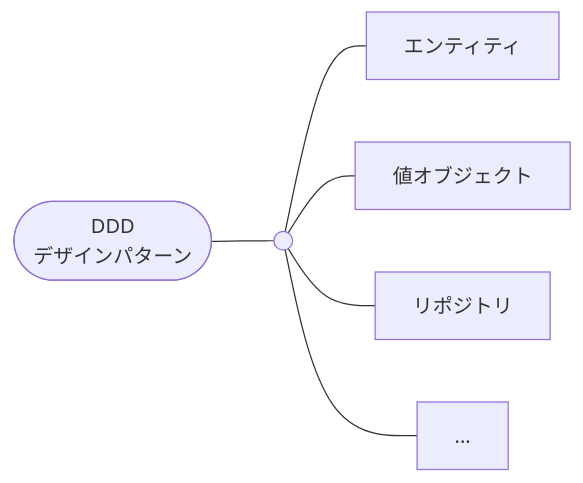
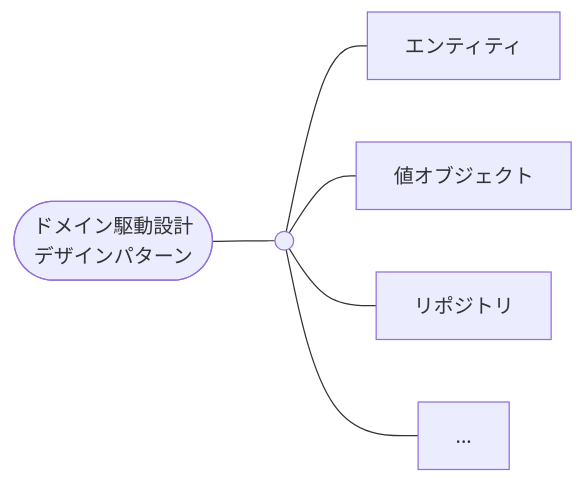
The tenth of 24 diagrams in docs/software/software_application_architecture_microservices_cloudnative.md (hiroki-it/tech-notebook), drawn with Mermaid before and after one commit. The commit also changed other lines of this file and 5 other files, not shown here.

````diff
--- a/docs/software/software_application_architecture_microservices_cloudnative.md
+++ b/docs/software/software_application_architecture_microservices_cloudnative.md
@@ -997,10 +998,10 @@
 ```mermaid
 flowchart LR
 
-  DDDデザインパターン([DDD<br>デザインパターン]) --- DDDデザインパターンの基点(( ))
-  DDDデザインパターンの基点 --- エンティティ
-  DDDデザインパターンの基点 --- 値オブジェクト
-  DDDデザインパターンの基点 --- リポジトリ
-  DDDデザインパターンの基点 --- ...
+  ドメイン駆動設計デザインパターン([ドメイン駆動設計<br>デザインパターン]) --- ドメイン駆動設計デザインパターンの基点(( ))
+  ドメイン駆動設計デザインパターンの基点 --- エンティティ
+  ドメイン駆動設計デザインパターンの基点 --- 値オブジェクト
+  ドメイン駆動設計デザインパターンの基点 --- リポジトリ
+  ドメイン駆動設計デザインパターンの基点 --- ...
 
 ```
````
